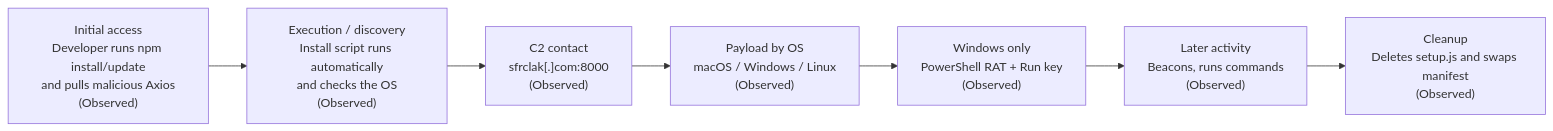
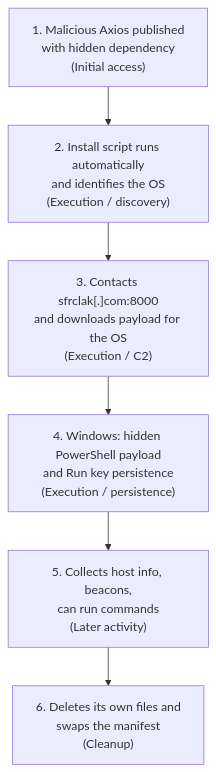
The diagram in Lab 1/README.md (SZ-io/HIT-AEC), drawn with Mermaid before and after one commit. The commit also changed other lines of this file, not shown here.

````diff
--- a/Lab 1/README.md
+++ b/Lab 1/README.md
@@ -27,11 +29,10 @@
 ```mermaid
-flowchart LR
-    A["Initial access<br/>Developer runs npm install/update<br/>and pulls malicious Axios<br/>(Observed)"]
-    B["Execution / discovery<br/>Install script runs automatically<br/>and checks the OS<br/>(Observed)"]
-    C["C2 contact<br/>sfrclak[.]com:8000<br/>(Observed)"]
-    D["Payload by OS<br/>macOS / Windows / Linux<br/>(Observed)"]
-    E["Windows only<br/>PowerShell RAT + Run key<br/>(Observed)"]
-    F["Later activity<br/>Beacons, runs commands<br/>(Observed)"]
-    G["Cleanup<br/>Deletes setup.js and swaps manifest<br/>(Observed)"]
-    A --> B --> C --> D --> E --> F --> G
+flowchart TD
+    B1["1. Malicious Axios published<br/>with hidden dependency<br/>(Initial access)"]
+    B2["2. Install script runs automatically<br/>and identifies the OS<br/>(Execution / discovery)"]
+    B3["3. Contacts sfrclak[.]com:8000<br/>and downloads payload for the OS<br/>(Execution / C2)"]
+    B4["4. Windows: hidden PowerShell payload<br/>and Run key persistence<br/>(Execution / persistence)"]
+    B5["5. Collects host info, beacons,<br/>can run commands<br/>(Later activity)"]
+    B6["6. Deletes its own files and<br/>swaps the manifest<br/>(Cleanup)"]
+    B1 --> B2 --> B3 --> B4 --> B5 --> B6
 ```
````
